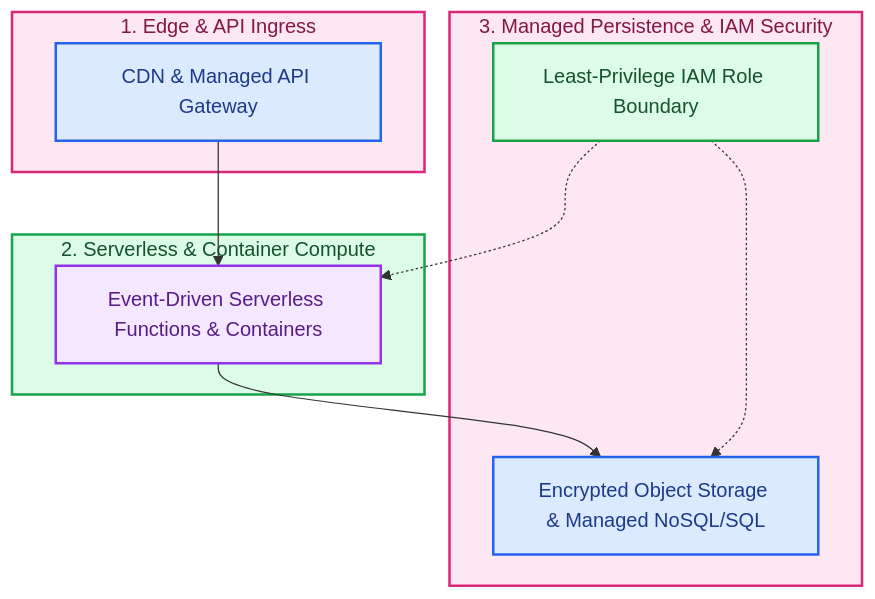
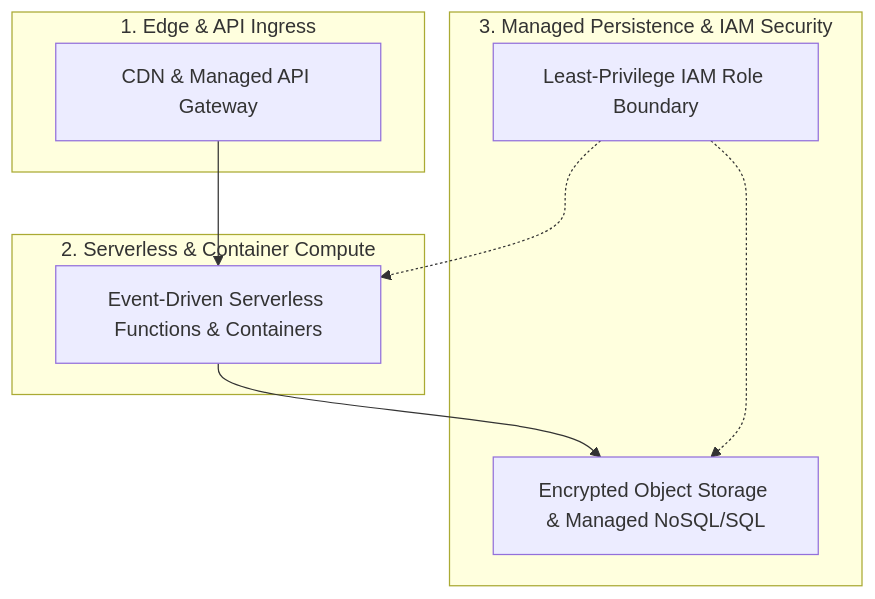
The diagram in README.md (RobinaMirbahar/AWS-Cloud-Solutions), drawn with Mermaid before and after one commit.

Commit message:
docs: revert Mermaid color overrides for crisp native GitHub rendering and consolidate header

````diff
--- a/README.md
+++ b/README.md
@@ -28,22 +28,15 @@
 ```mermaid
 flowchart TD
     subgraph Edge ["1. Edge & API Ingress"]
         E_CDN["CDN & Managed API Gateway"]
     end
     subgraph Compute ["2. Serverless & Container Compute"]
         C_Fn["Event-Driven Serverless Functions & Containers"]
     end
     subgraph Data ["3. Managed Persistence & IAM Security"]
         D_DB["Encrypted Object Storage & Managed NoSQL/SQL"]
         D_IAM["Least-Privilege IAM Role Boundary"]
     end
     E_CDN --> C_Fn --> D_DB
     D_IAM -.-> C_Fn & D_DB
-    style Edge fill:#fce7f3,stroke:#db2777,stroke-width:2px,color:#831843
-    style E_CDN fill:#dbeafe,stroke:#2563eb,stroke-width:2px,color:#1e3a8a
-    style Compute fill:#dcfce7,stroke:#16a34a,stroke-width:2px,color:#14532d
-    style C_Fn fill:#f3e8ff,stroke:#9333ea,stroke-width:2px,color:#581c87
-    style Data fill:#fce7f3,stroke:#db2777,stroke-width:2px,color:#831843
-    style D_DB fill:#dbeafe,stroke:#2563eb,stroke-width:2px,color:#1e3a8a
-    style D_IAM fill:#dcfce7,stroke:#16a34a,stroke-width:2px,color:#14532d
 ```
````
